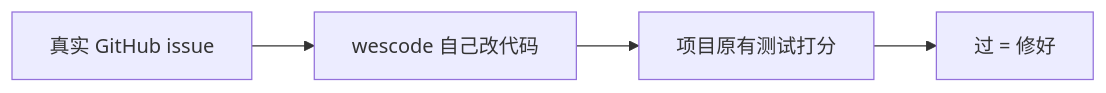
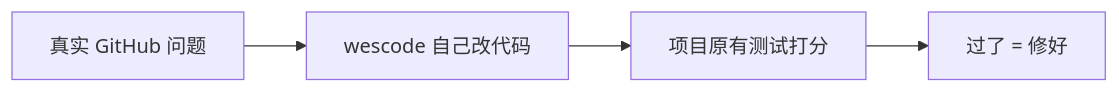
One commit to weisyn/wescode changed the first of 2 diagrams in benchmarks/README.md. Above: the diagram before and after it, drawn with Mermaid. The commit also changed other lines of this file, not shown here.

Commit message:
docs(benchmarks): 缩短 mermaid 文案，避免框图折行看不清

````diff
--- a/benchmarks/README.md
+++ b/benchmarks/README.md
@@ -69,6 +69,6 @@
 ```mermaid
 flowchart LR
-  I["真实 GitHub issue"] --> A["wescode 自己改代码"]
-  A --> T["项目原有测试打分"]
-  T --> P["过 = 修好"]
+  I[真实 GitHub 问题] --> A[wescode 自己改代码]
+  A --> T[项目原有测试打分]
+  T --> P[过了 = 修好]
 ```
````
